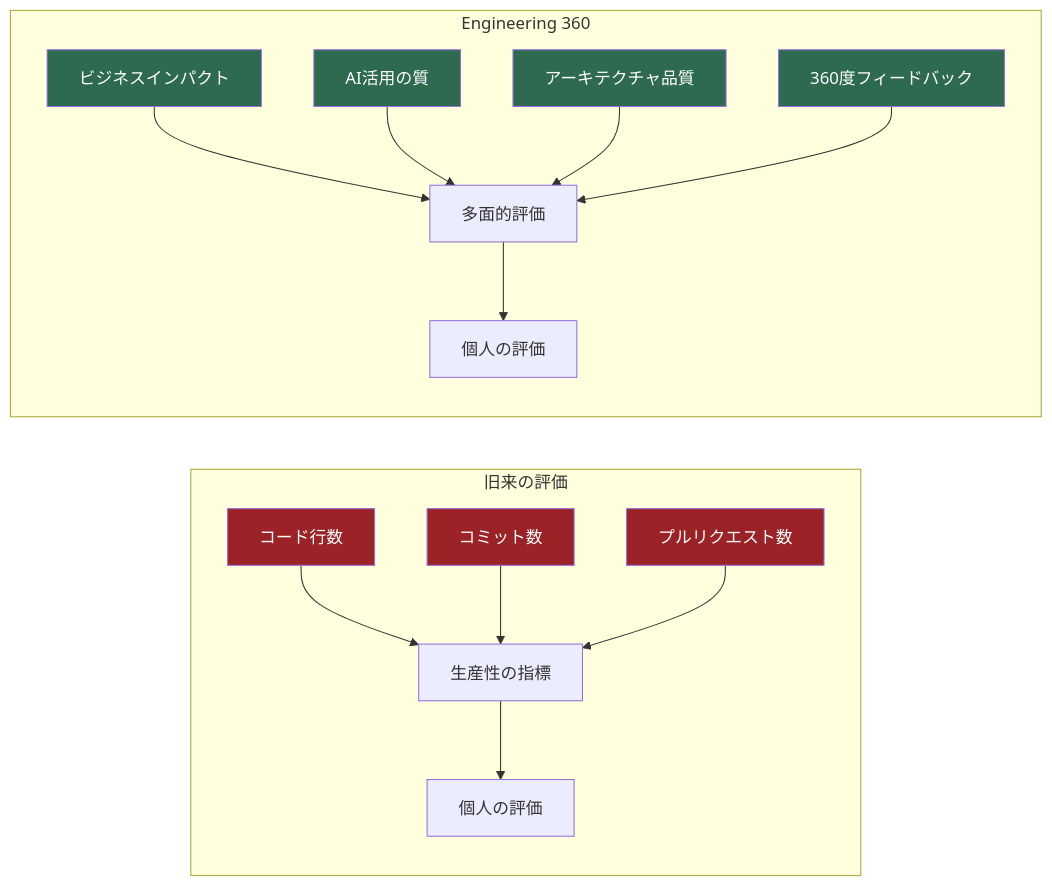
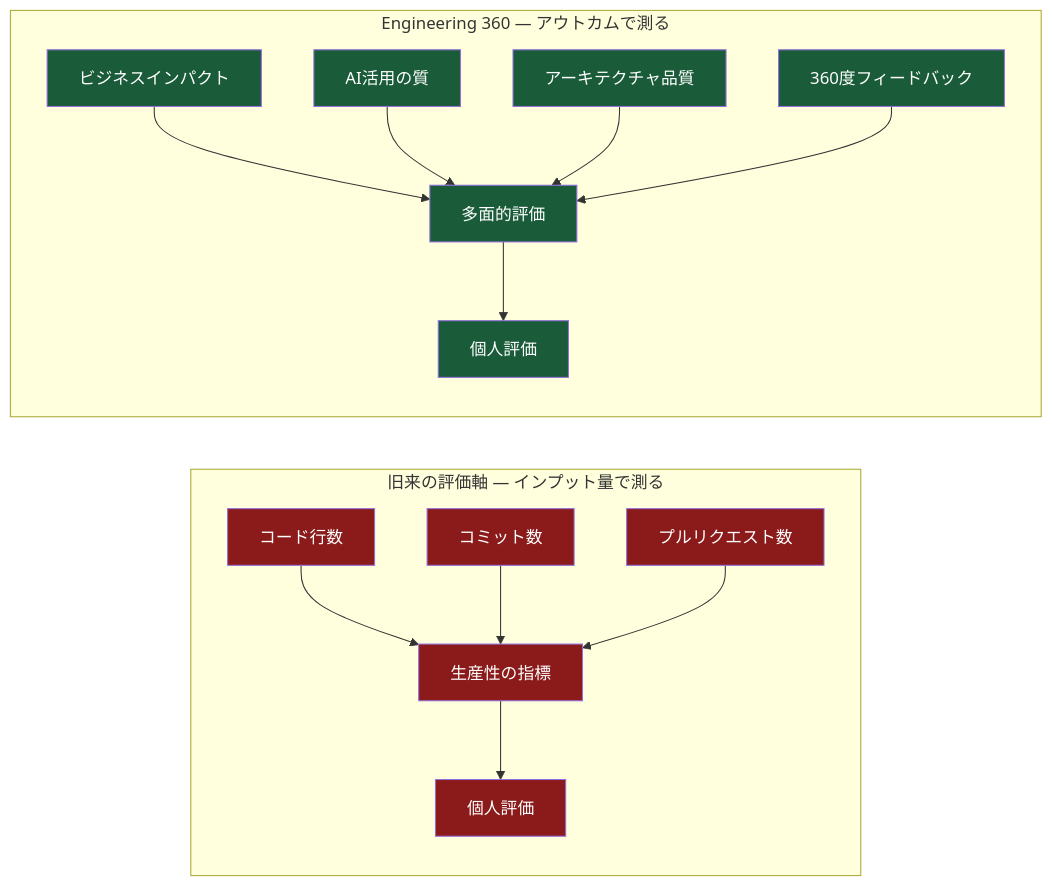
The sixth of 14 diagrams in docs/jp/the-ai-organization_JP.md (Leading-AI-IO/the-ai-organization), drawn with Mermaid before and after one commit. The commit also changed other lines of this file, not shown here.

````diff
--- a/docs/jp/the-ai-organization_JP.md
+++ b/docs/jp/the-ai-organization_JP.md
@@ -530,25 +529,33 @@
 ```mermaid
 graph LR
-    subgraph "旧来の評価"
-        A[コード行数] --> B[生産性の指標]
-        C[コミット数] --> B
-        D[プルリクエスト数] --> B
-        B --> E[個人の評価]
+    subgraph OLD["旧来の評価軸 — インプット量で測る"]
+        A["コード行数"]
+        C["コミット数"]
+        D["プルリクエスト数"]
+        B["生産性の指標"]
+        E1["個人評価"]
+        A & C & D --> B --> E1
     end
 
-    subgraph "Engineering 360"
-        F[ビジネスインパクト] --> G[多面的評価]
-        H[AI活用の質] --> G
-        I[アーキテクチャ品質] --> G
-        J[360度フィードバック] --> G
-        G --> K[個人の評価]
+    subgraph NEW["Engineering 360 — アウトカムで測る"]
+        F["ビジネスインパクト"]
+        H["AI活用の質"]
+        I["アーキテクチャ品質"]
+        J["360度フィードバック"]
+        G["多面的評価"]
+        E2["個人評価"]
+        F & H & I & J --> G --> E2
     end
 
-    style A fill:#9b2226,color:#fff
-    style C fill:#9b2226,color:#fff
-    style D fill:#9b2226,color:#fff
-    style F fill:#2d6a4f,color:#fff
-    style H fill:#2d6a4f,color:#fff
-    style I fill:#2d6a4f,color:#fff
-    style J fill:#2d6a4f,color:#fff
+    style A fill:#8b1a1a,color:#fff
+    style C fill:#8b1a1a,color:#fff
+    style D fill:#8b1a1a,color:#fff
+    style B fill:#8b1a1a,color:#fff
+    style E1 fill:#8b1a1a,color:#fff
+    style F fill:#1a5c3a,color:#fff
+    style H fill:#1a5c3a,color:#fff
+    style I fill:#1a5c3a,color:#fff
+    style J fill:#1a5c3a,color:#fff
+    style G fill:#1a5c3a,color:#fff
+    style E2 fill:#1a5c3a,color:#fff
 ```
````
